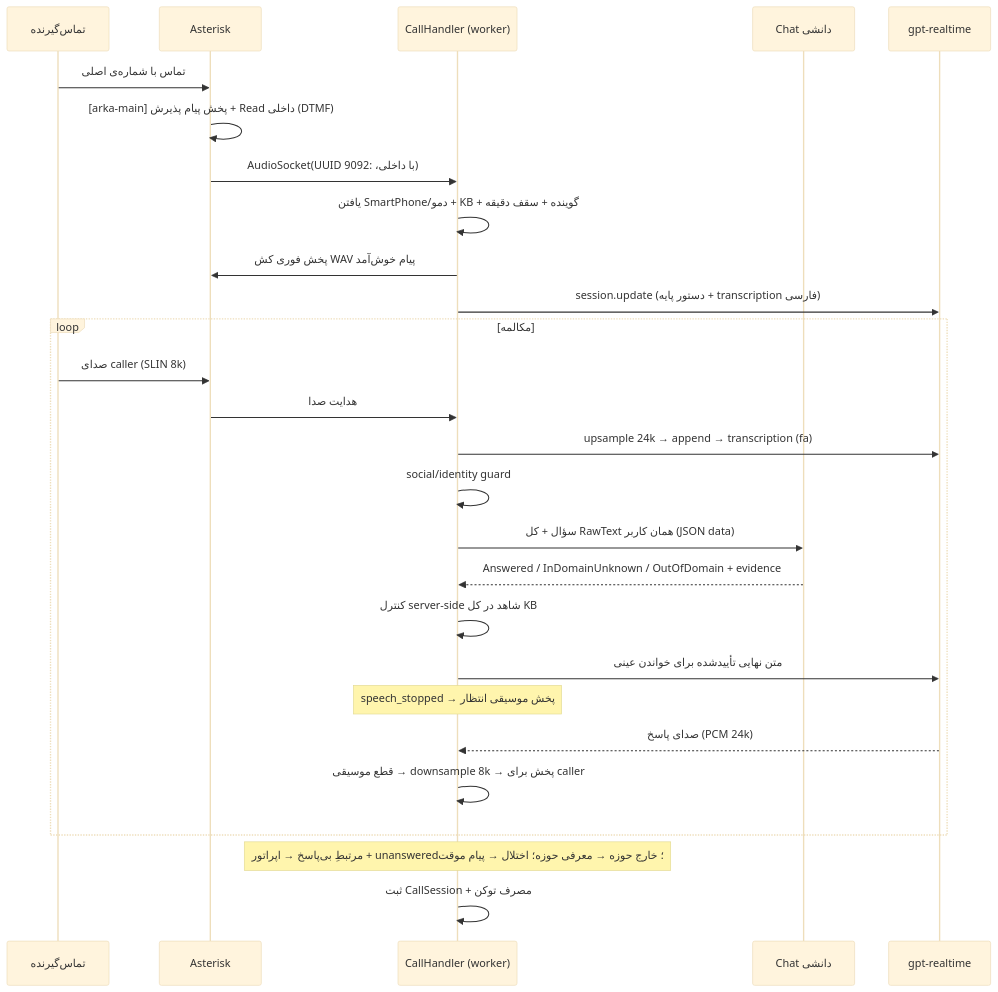
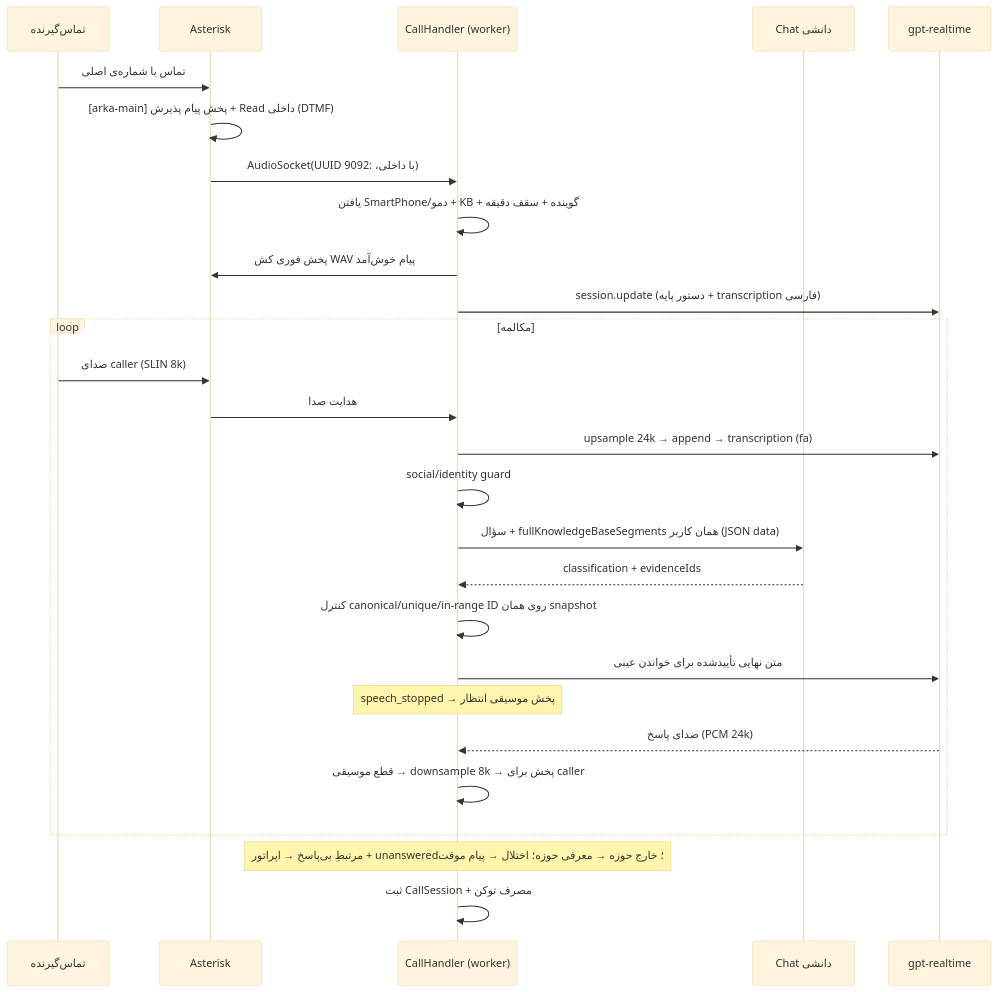
Before and after one commit to mohamadkheiry/ArkaCallCenterDemo: the seventh of 8 diagrams in docs/ARCHITECTURE.md, drawn with Mermaid (base theme). The commit also changed other lines of this file and 8 other files, not shown here.

````diff
--- a/docs/ARCHITECTURE.md
+++ b/docs/ARCHITECTURE.md
@@ -279,29 +279,29 @@
 ```mermaid
 sequenceDiagram
     participant C as تماس‌گیرنده
     participant PBX as Asterisk
     participant W as CallHandler (worker)
     participant K as Chat دانشی
     participant O as gpt-realtime
     C->>PBX: تماس با شماره‌ی اصلی
     PBX->>PBX: [arka-main] پخش پیام پذیرش + Read داخلی (DTMF)
     PBX->>W: AudioSocket(UUID با داخلی، :9092)
     W->>W: یافتن SmartPhone/دمو + KB + گوینده + سقف دقیقه
     W->>PBX: پخش فوری کش WAV پیام خوش‌آمد
     W->>O: session.update (دستور پایه + transcription فارسی)
     loop مکالمه
       C->>PBX: صدای caller (SLIN 8k)
       PBX->>W: هدایت صدا
       W->>O: upsample 24k → append → transcription (fa)
       W->>W: social/identity guard
-      W->>K: سؤال + کل RawText همان کاربر (JSON data)
-      K-->>W: Answered / InDomainUnknown / OutOfDomain + evidence
-      W->>W: کنترل server-side شاهد در کل KB
+      W->>K: سؤال + fullKnowledgeBaseSegments همان کاربر (JSON data)
+      K-->>W: classification + evidenceIds
+      W->>W: کنترل canonical/unique/in-range ID روی همان snapshot
       W->>O: متن نهایی تأییدشده برای خواندن عینی
       Note over W: speech_stopped → پخش موسیقی انتظار
       O-->>W: صدای پاسخ (PCM 24k)
       W->>W: قطع موسیقی → downsample 8k → پخش برای caller
     end
     Note over W: مرتبطِ بی‌پاسخ → اپراتور + unanswered؛ خارج حوزه → معرفی حوزه؛ اختلال → پیام موقت
     W->>W: ثبت CallSession + مصرف توکن
 ```
````
